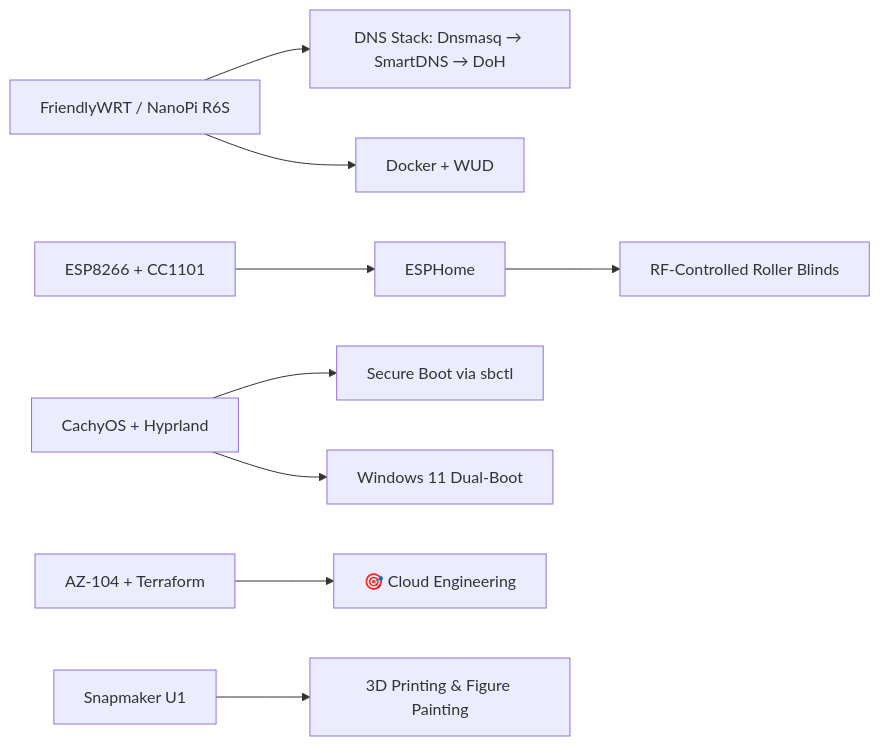
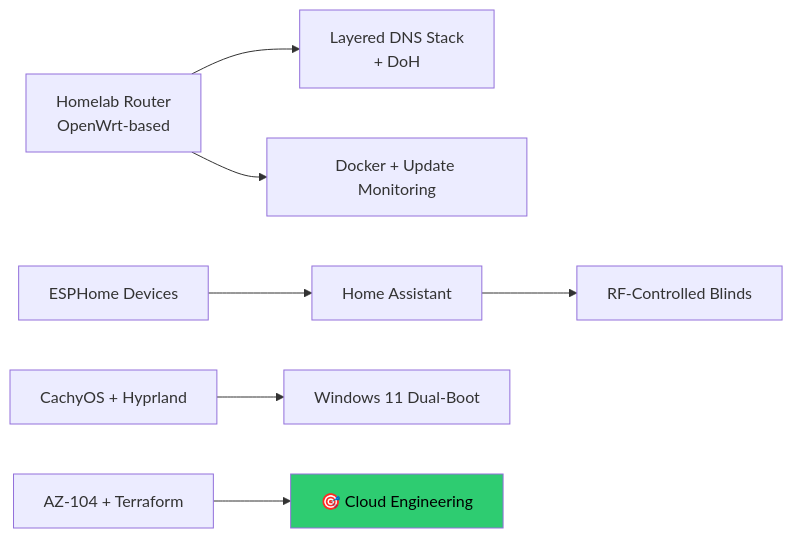
The first of 2 diagrams in README.md (anilgunduzz/anilgunduzz), drawn with Mermaid before and after one commit. The commit also changed other lines of this file, not shown here.

````diff
--- a/README.md
+++ b/README.md
@@ -17,11 +18,11 @@
 ```mermaid
 graph LR
-    A[FriendlyWRT / NanoPi R6S] --> B[DNS Stack: Dnsmasq → SmartDNS → DoH]
-    A --> C[Docker + WUD]
-    D[ESP8266 + CC1101] --> E[ESPHome]
-    E --> F[RF-Controlled Roller Blinds]
-    G[CachyOS + Hyprland] --> H[Secure Boot via sbctl]
-    G --> I[Windows 11 Dual-Boot]
-    J[AZ-104 + Terraform] --> K[🎯 Cloud Engineering]
-    L[Snapmaker U1] --> M[3D Printing & Figure Painting]
+    A[Homelab Router<br/>OpenWrt-based] --> B[Layered DNS Stack<br/>+ DoH]
+    A --> C[Docker + Update Monitoring]
+    D[ESPHome Devices] --> E[Home Assistant]
+    E --> F[RF-Controlled Blinds]
+    G[CachyOS + Hyprland] --> H[Windows 11 Dual-Boot]
+    I[AZ-104 + Terraform] --> J[🎯 Cloud Engineering]
+
+    style J fill:#2ecc71,color:#000
 ```
````
